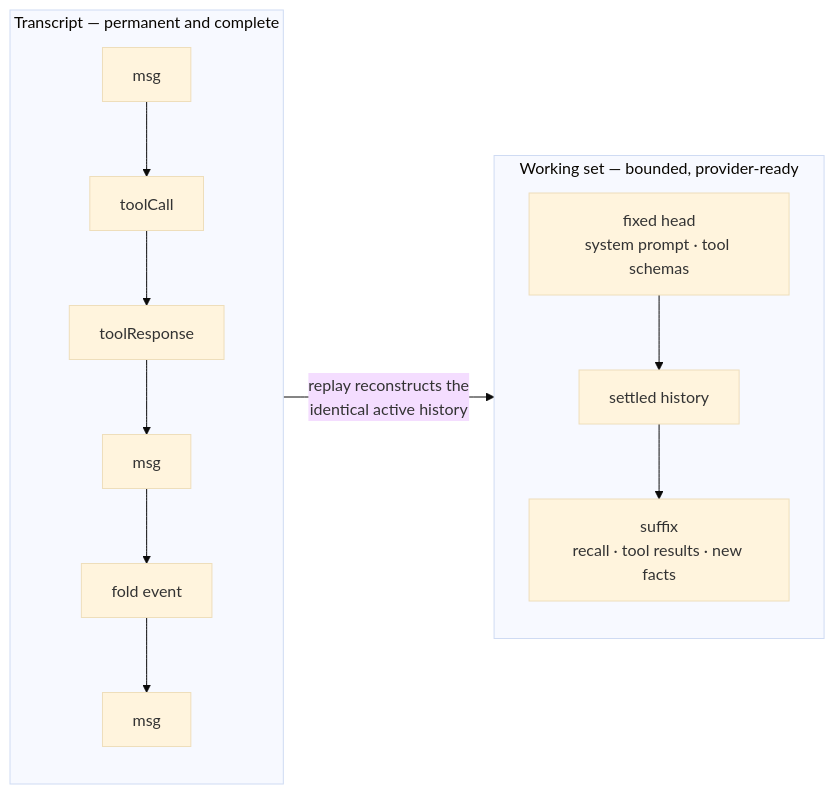
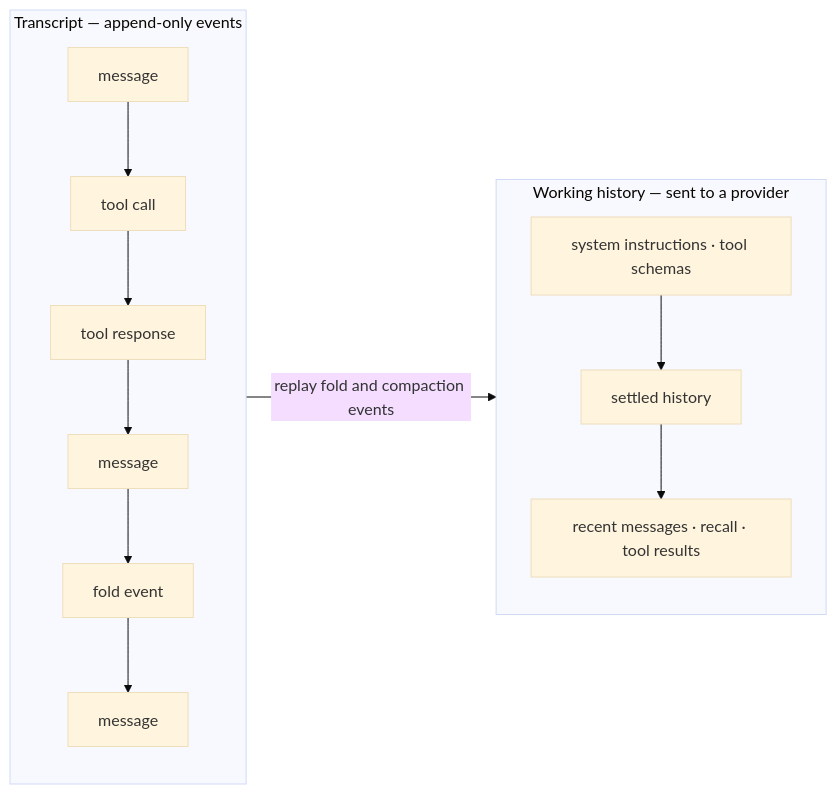
One commit to Wirhoss/nox changed the diagram in docs/context-engine.md. Above: the diagram before and after it, drawn with Mermaid (base theme). The commit also changed other lines of this file and 82 other files, not shown here.

````diff
--- a/docs/context-engine.md
+++ b/docs/context-engine.md
@@ -13,12 +18,12 @@
 ```mermaid
 flowchart LR
-  subgraph T["Transcript — permanent and complete"]
+  subgraph T["Transcript — append-only events"]
     direction TB
-    E1["msg"] --> E2["toolCall"] --> E3["toolResponse"] --> E4["msg"] --> E5["fold event"] --> E6["msg"]
+    E1["message"] --> E2["tool call"] --> E3["tool response"] --> E4["message"] --> E5["fold event"] --> E6["message"]
   end
-  subgraph W["Working set — bounded, provider-ready"]
+  subgraph W["Working history — sent to a provider"]
     direction TB
-    H["fixed head<br/>system prompt · tool schemas"] --> SH["settled history"] --> SF["suffix<br/>recall · tool results · new facts"]
+    H["system instructions · tool schemas"] --> SH["settled history"] --> SF["recent messages · recall · tool results"]
   end
-  T -->|"replay reconstructs the<br/>identical active history"| W
+  T -->|"replay fold and compaction events"| W
 ```
````
